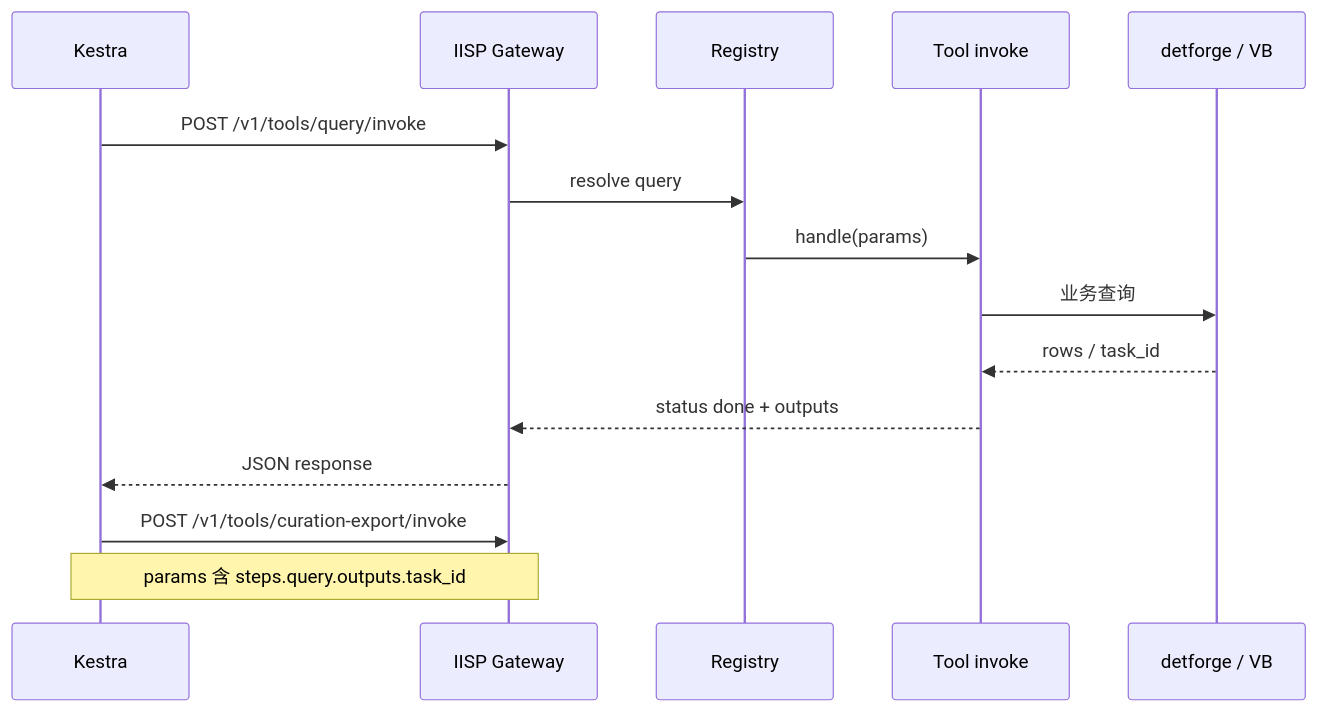
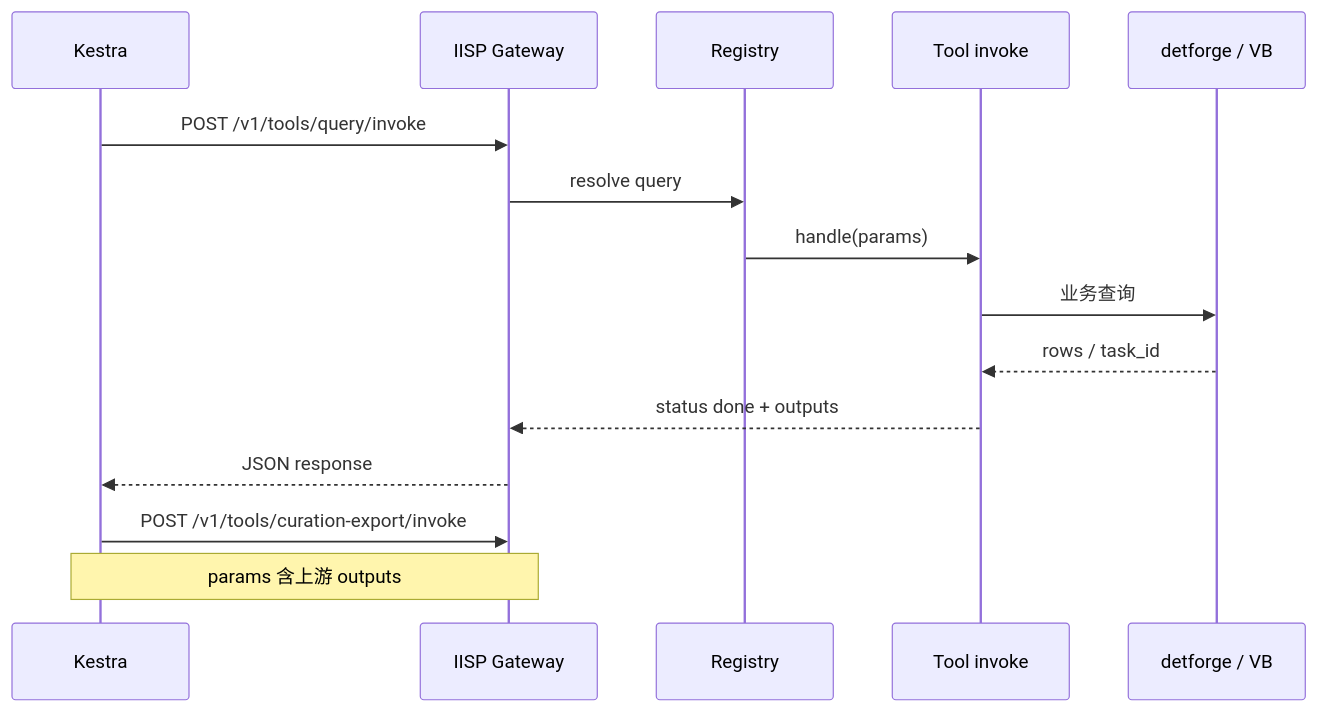
The fourth of 10 diagrams in docs/ARCHITECTURE_DIAGRAMS.md (algo-boost/DetForge-Studio), drawn with Mermaid before and after one commit. The commit also changed other lines of this file and 37 other files, not shown here.

````diff
--- a/docs/ARCHITECTURE_DIAGRAMS.md
+++ b/docs/ARCHITECTURE_DIAGRAMS.md
@@ -150,18 +149,18 @@
 ```mermaid
 sequenceDiagram
   participant K as Kestra
   participant G as IISP Gateway
   participant R as Registry
   participant T as Tool invoke
   participant D as detforge / VB
 
   K->>G: POST /v1/tools/query/invoke
   G->>R: resolve query
   R->>T: handle(params)
   T->>D: 业务查询
   D-->>T: rows / task_id
   T-->>G: status done + outputs
   G-->>K: JSON response
   K->>G: POST /v1/tools/curation-export/invoke
-  Note over K,G: params 含 steps.query.outputs.task_id
+  Note over K,G: params 含上游 outputs
 ```
````
